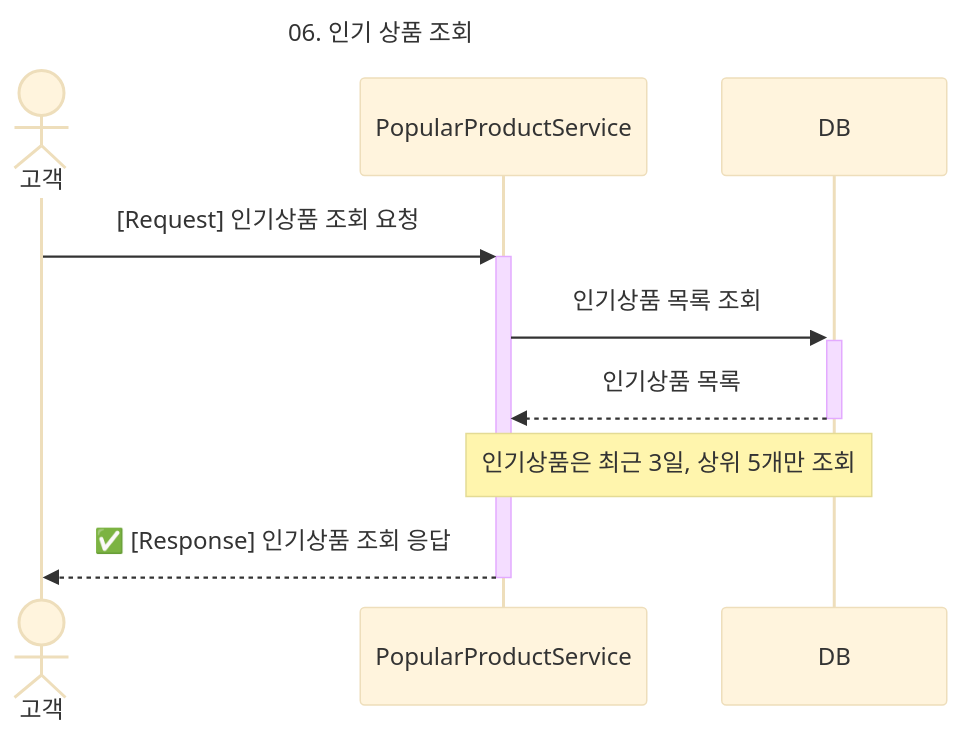
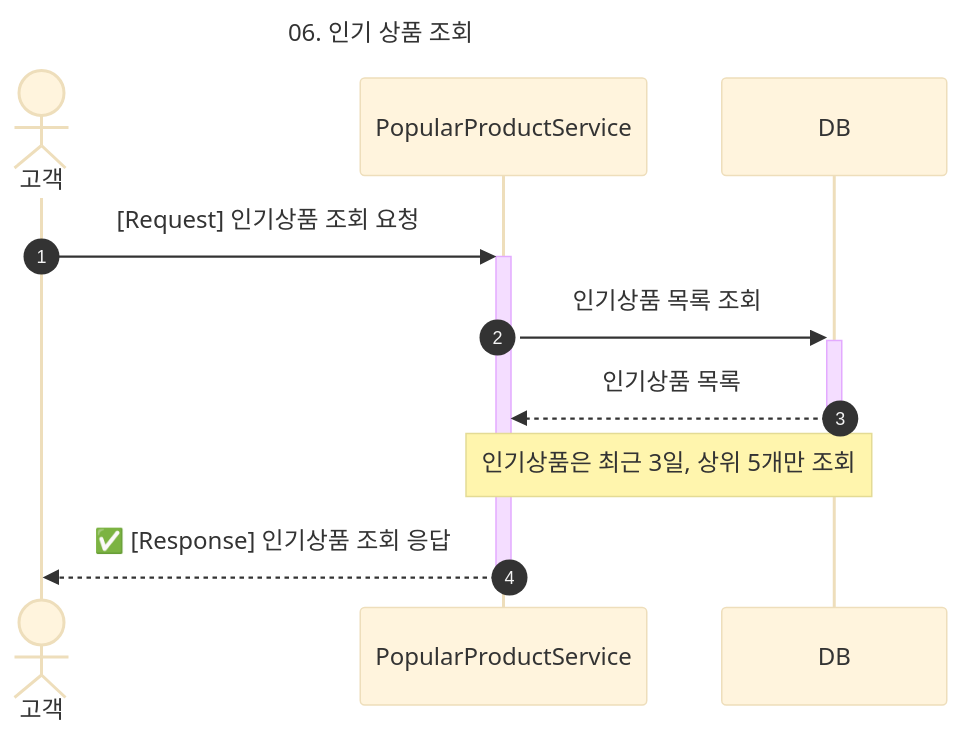
One commit to jinsy731/hhplus-ecommerce changed the sixth of 7 diagrams in docs/03_Sequence_diagram.md. Above: the diagram before and after it, drawn with Mermaid (base theme). The commit also changed other lines of this file, not shown here.

Commit message:
📝 Docs: 시퀀스 다이어그램 수정

````diff
--- a/docs/03_Sequence_diagram.md
+++ b/docs/03_Sequence_diagram.md
@@ -306,17 +321,18 @@
 ```mermaid
 ---
 title: 06. 인기 상품 조회
 ---
 sequenceDiagram
+	autonumber
     actor C as 고객
     participant S as PopularProductService
     participant DB as DB
 
     C ->>+ S: [Request] 인기상품 조회 요청
 
     S ->>+ DB: 인기상품 목록 조회
     DB -->>- S: 인기상품 목록
     note over S,DB: 인기상품은 최근 3일, 상위 5개만 조회
     
     S -->>- C: ✅ [Response] 인기상품 조회 응답
 ```
````
